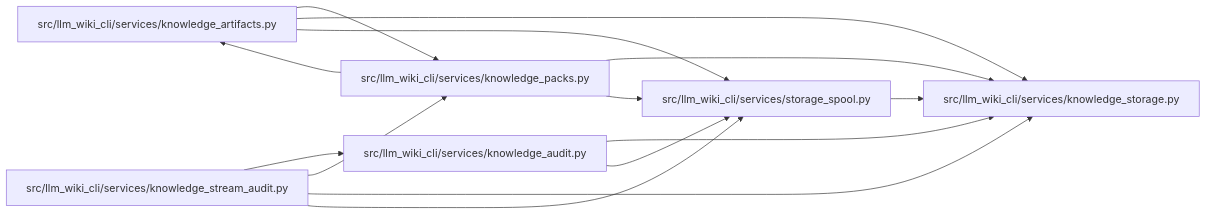
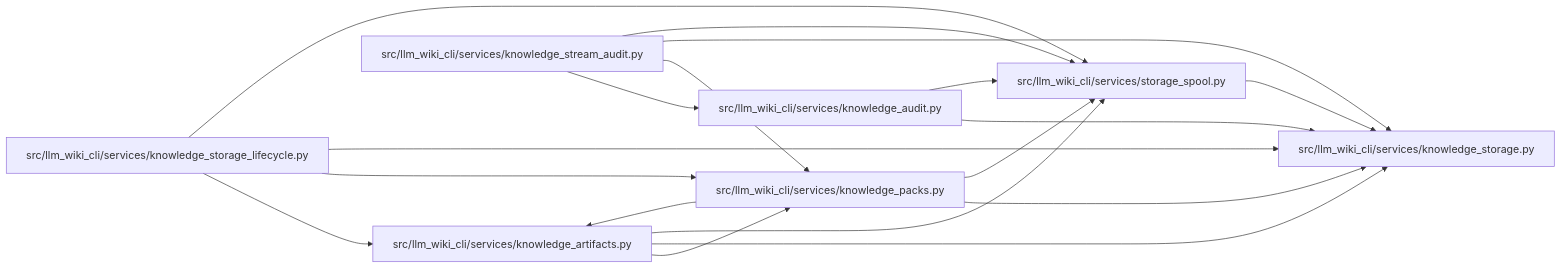
Before and after one commit to Denissvgn/python-wiki-llm: the diagram in docs/llm_wiki/modules/storage_spool.md, drawn with Mermaid. The commit also changed other lines of this file and 486 other files, not shown here.

First line of the commit message:
Improve knowledge storage performance and recoverable cleanup (#36)

````diff
--- a/docs/llm_wiki/modules/storage_spool.md
+++ b/docs/llm_wiki/modules/storage_spool.md
@@ -27,28 +27,34 @@
 ```mermaid
 flowchart LR
     n0["src/llm_wiki_cli/services/knowledge_artifacts.py"]
     n1["src/llm_wiki_cli/services/knowledge_audit.py"]
     n2["src/llm_wiki_cli/services/knowledge_packs.py"]
     n3["src/llm_wiki_cli/services/knowledge_storage.py"]
-    n4["src/llm_wiki_cli/services/knowledge_stream_audit.py"]
-    n5["src/llm_wiki_cli/services/storage_spool.py"]
+    n4["src/llm_wiki_cli/services/knowledge_storage_lifecycle.py"]
+    n5["src/llm_wiki_cli/services/knowledge_stream_audit.py"]
+    n6["src/llm_wiki_cli/services/storage_spool.py"]
     n0 --> n2
     n0 --> n3
-    n0 --> n5
+    n0 --> n6
     n1 --> n3
-    n1 --> n5
+    n1 --> n6
     n2 --> n0
     n2 --> n3
-    n2 --> n5
-    n4 --> n1
+    n2 --> n6
+    n4 --> n0
     n4 --> n2
     n4 --> n3
-    n4 --> n5
+    n4 --> n6
+    n5 --> n1
+    n5 --> n2
     n5 --> n3
+    n5 --> n6
+    n6 --> n3
     click n0 "../modules/knowledge_artifacts.md"
     click n1 "../modules/knowledge_audit.md"
     click n2 "../modules/knowledge_packs.md"
     click n3 "../modules/knowledge_storage.md"
-    click n4 "../modules/knowledge_stream_audit.md"
-    click n5 "../modules/storage_spool.md"
+    click n4 "../modules/knowledge_storage_lifecycle.md"
+    click n5 "../modules/knowledge_stream_audit.md"
+    click n6 "../modules/storage_spool.md"
 ```
````
